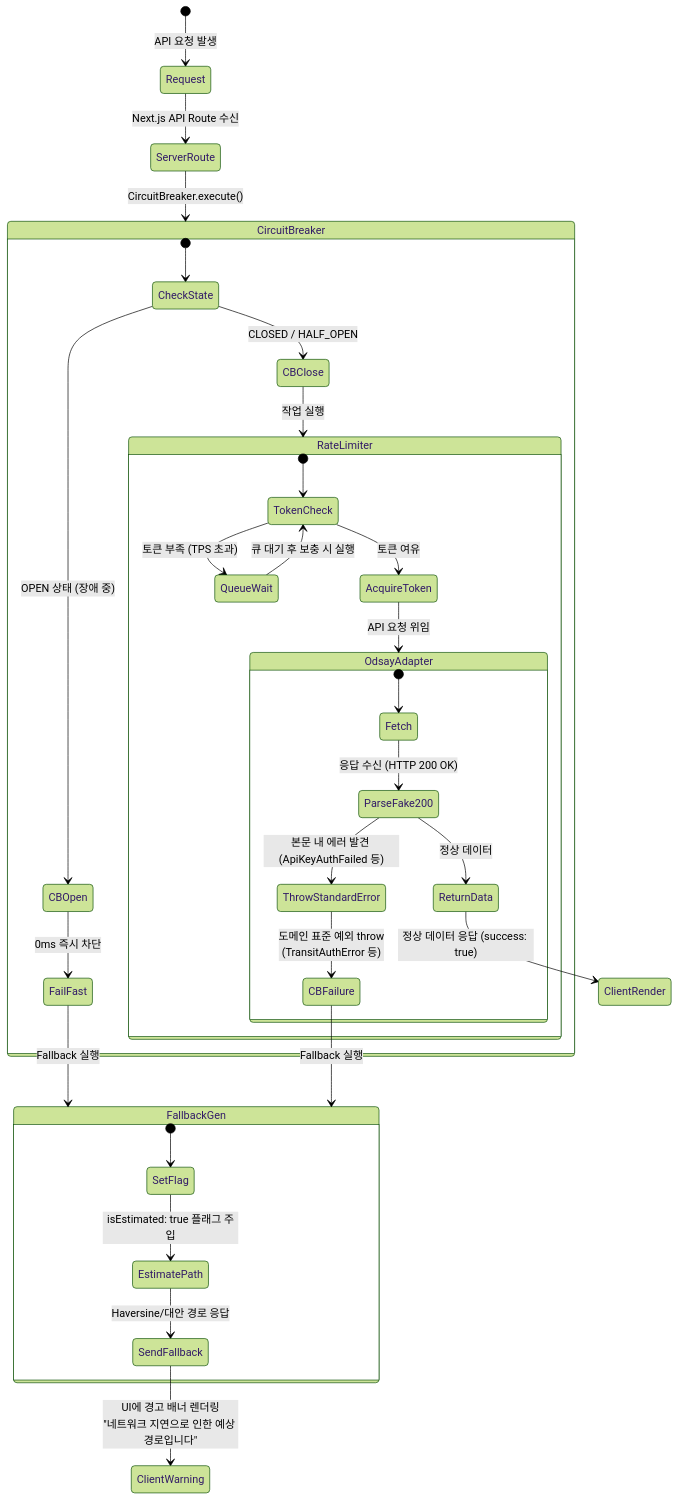
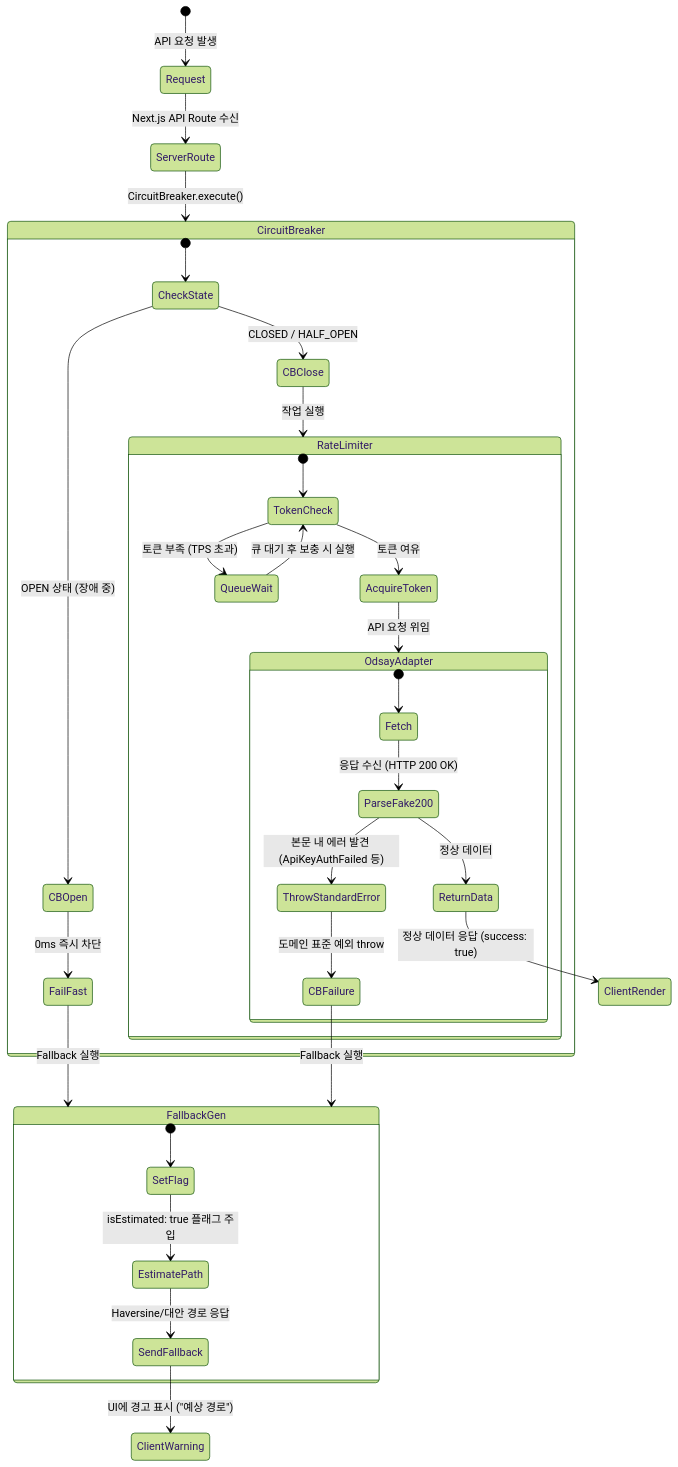
Before and after one commit to woomchi/OnJourney: the third of 3 diagrams in docs/architecture/full_api_and_cache_architecture.md, drawn with Mermaid (forest theme). The commit also changed other lines of this file and 31 other files, not shown here.

````diff
--- a/docs/architecture/full_api_and_cache_architecture.md
+++ b/docs/architecture/full_api_and_cache_architecture.md
@@ -106,42 +127,42 @@
 ```mermaid
 stateDiagram-v2
     [*] --> Request: API 요청 발생
     Request --> ServerRoute: Next.js API Route 수신
     ServerRoute --> CircuitBreaker: CircuitBreaker.execute()
     
     state CircuitBreaker {
         [*] --> CheckState
         CheckState --> CBOpen: OPEN 상태 (장애 중)
         CheckState --> CBClose: CLOSED / HALF_OPEN
         CBOpen --> FailFast: 0ms 즉시 차단
         CBClose --> RateLimiter: 작업 실행
     }
 
     state RateLimiter {
         [*] --> TokenCheck
         TokenCheck --> QueueWait: 토큰 부족 (TPS 초과)
         TokenCheck --> AcquireToken: 토큰 여유
         QueueWait --> TokenCheck: 큐 대기 후 보충 시 실행
         AcquireToken --> OdsayAdapter: API 요청 위임
     }
 
     state OdsayAdapter {
         [*] --> Fetch
         Fetch --> ParseFake200: 응답 수신 (HTTP 200 OK)
         ParseFake200 --> ThrowStandardError: 본문 내 에러 발견 (ApiKeyAuthFailed 등)
         ParseFake200 --> ReturnData: 정상 데이터
-        ThrowStandardError --> CBFailure: 도메인 표준 예외 throw<br/>(TransitAuthError 등)
+        ThrowStandardError --> CBFailure: 도메인 표준 예외 throw
     }
 
     ReturnData --> ClientRender: 정상 데이터 응답 (success: true)
     FailFast --> FallbackGen: Fallback 실행
     CBFailure --> FallbackGen: Fallback 실행
 
     state FallbackGen {
         [*] --> SetFlag
         SetFlag --> EstimatePath: isEstimated: true 플래그 주입
         EstimatePath --> SendFallback: Haversine/대안 경로 응답
     }
 
-    SendFallback --> ClientWarning: UI에 경고 배너 렌더링<br/>"네트워크 지연으로 인한 예상 경로입니다"
+    SendFallback --> ClientWarning: UI에 경고 표시 ("예상 경로")
 ```
````
